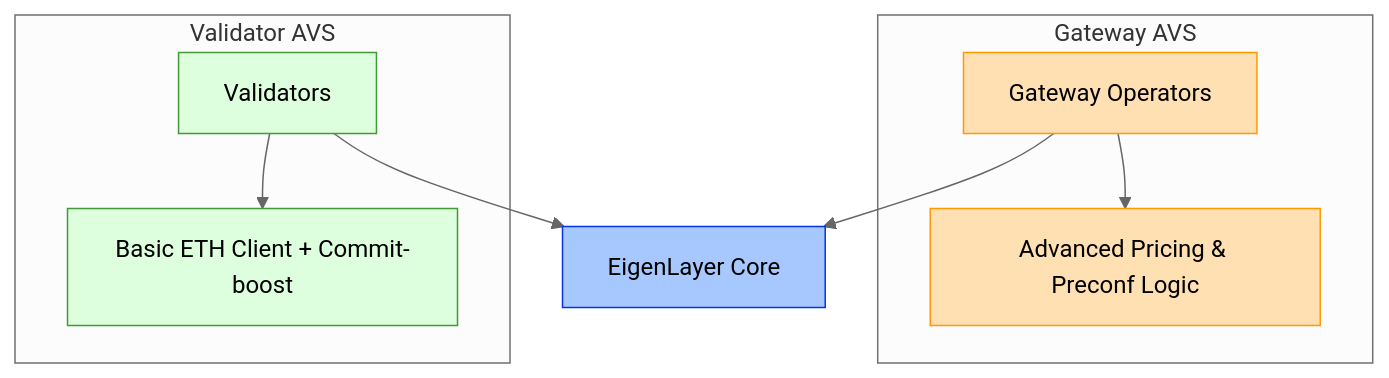
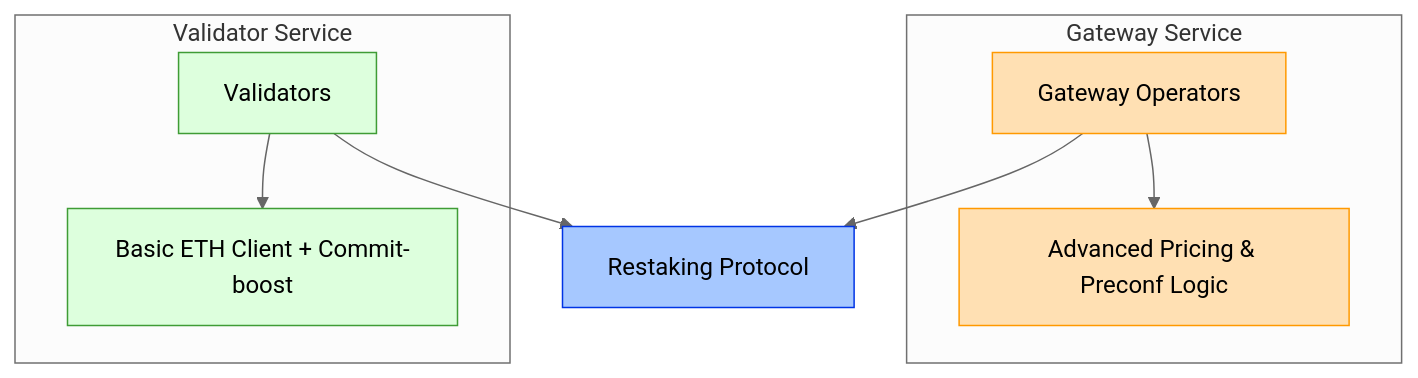
One commit to lu-bann/taiyi changed the first of 4 diagrams in docs/learn/architecture/on_chain_components/overview.mdx. Above: the diagram before and after it, drawn with Mermaid (neutral theme). The commit also changed other lines of this file and 3 other files, not shown here.

````diff
--- a/docs/learn/architecture/on_chain_components/overview.mdx
+++ b/docs/learn/architecture/on_chain_components/overview.mdx
@@ -19,24 +20,24 @@
 ```mermaid
 graph TB
-        subgraph "Gateway AVS"
+        subgraph "Gateway Service"
             GW[Gateway Operators]
             GW_LOGIC[Advanced Pricing & Preconf Logic]
             GW --> GW_LOGIC
             style GW fill:#ffe0b3,stroke:#ff9900
             style GW_LOGIC fill:#ffe0b3,stroke:#ff9900
         end
         
-        subgraph "Validator AVS"
+        subgraph "Validator Service"
             VAL[Validators]
             VAL_LOGIC[Basic ETH Client + Commit-boost]
             VAL --> VAL_LOGIC
             style VAL fill:#ddffdd,stroke:#3f9c35
             style VAL_LOGIC fill:#ddffdd,stroke:#3f9c35
         end
         
-        EL[EigenLayer Core]
+        EL[Restaking Protocol]
         style EL fill:#a6c8ff,stroke:#0034e5
         
         GW --> EL
         VAL --> EL
 ```
````
